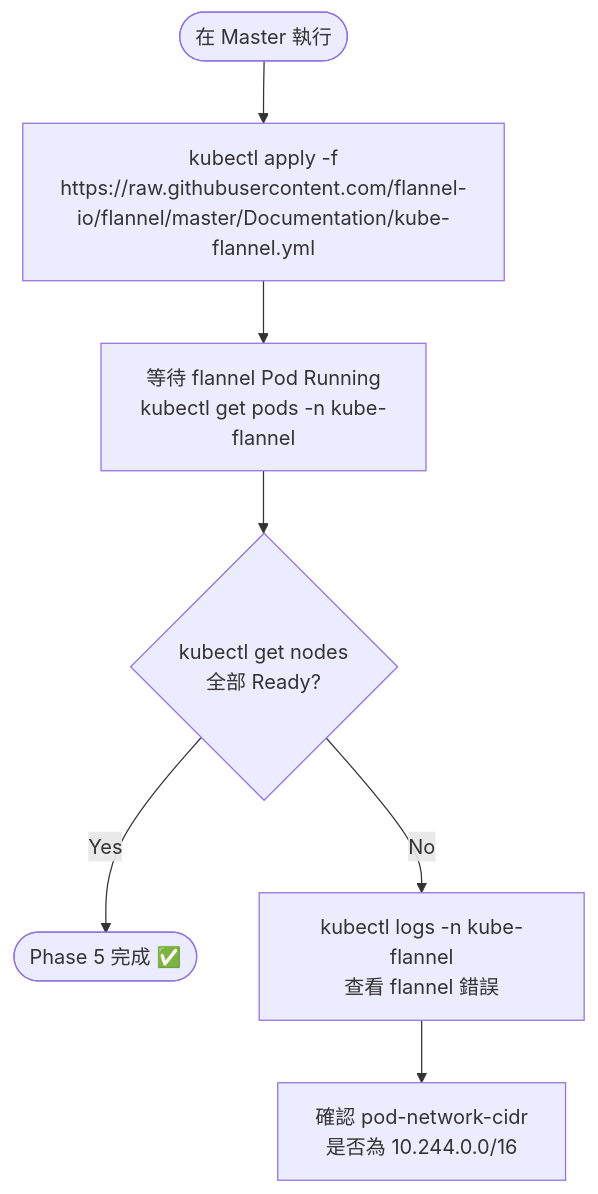
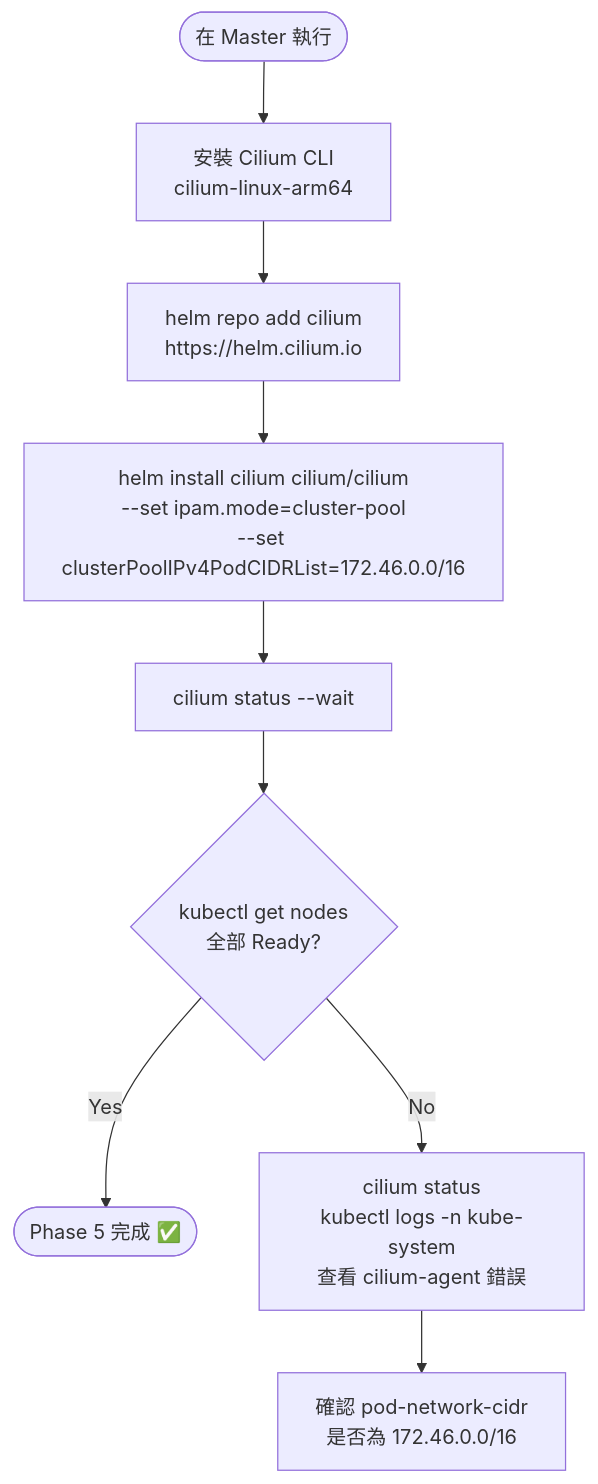
Before and after one commit to MansionLai/notebook: the sixth of 8 diagrams in k8s-3node-multipass/setup-flowchart.md, drawn with Mermaid. The commit also changed other lines of this file and 2 other files, not shown here.

Commit message:
fix: replace Flannel with Cilium CNI, pod CIDR 172.46.0.0/16

````diff
--- a/k8s-3node-multipass/setup-flowchart.md
+++ b/k8s-3node-multipass/setup-flowchart.md
@@ -97,9 +97,11 @@
 ```mermaid
 flowchart TD
-    S([在 Master 執行]) --> APPLY["kubectl apply -f\nhttps://raw.githubusercontent.com/flannel-io/flannel/master/Documentation/kube-flannel.yml"]
-    APPLY --> WAIT[等待 flannel Pod Running\nkubectl get pods -n kube-flannel]
+    S([在 Master 執行]) --> CLI[安裝 Cilium CLI\ncilium-linux-arm64]
+    CLI --> HELM[helm repo add cilium\nhttps://helm.cilium.io]
+    HELM --> INSTALL["helm install cilium cilium/cilium\n--set ipam.mode=cluster-pool\n--set clusterPoolIPv4PodCIDRList=172.46.0.0/16"]
+    INSTALL --> WAIT[cilium status --wait]
     WAIT --> CHK{"kubectl get nodes\n全部 Ready?"}
     CHK -- Yes --> DONE([Phase 5 完成 ✅])
-    CHK -- No --> LOG[kubectl logs -n kube-flannel\n查看 flannel 錯誤]
-    LOG --> DBG[確認 pod-network-cidr\n是否為 10.244.0.0/16]
+    CHK -- No --> LOG[cilium status\nkubectl logs -n kube-system\n查看 cilium-agent 錯誤]
+    LOG --> DBG[確認 pod-network-cidr\n是否為 172.46.0.0/16]
 ```
````
